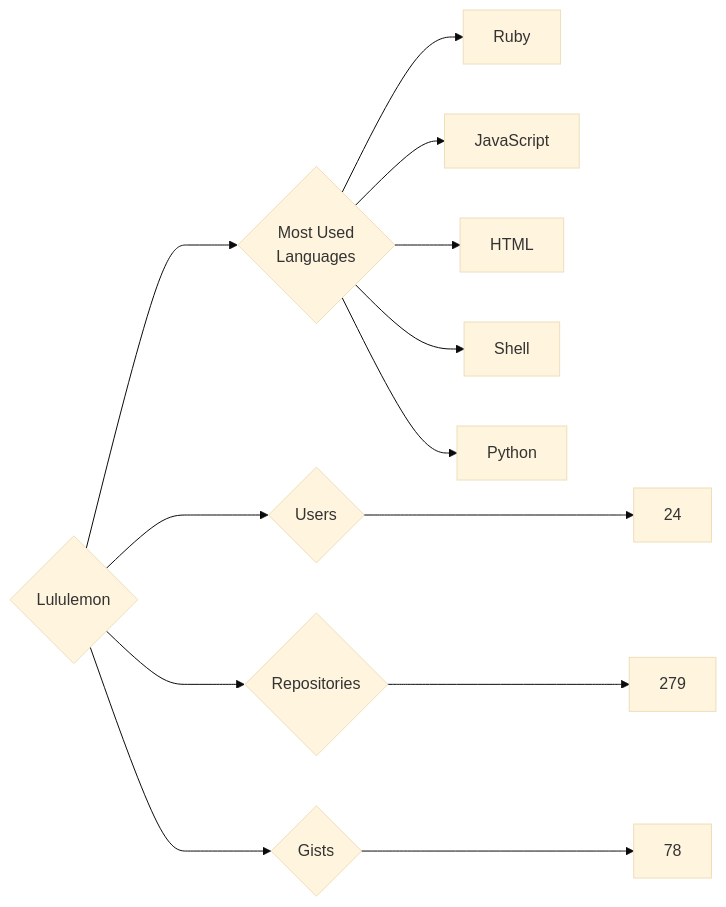
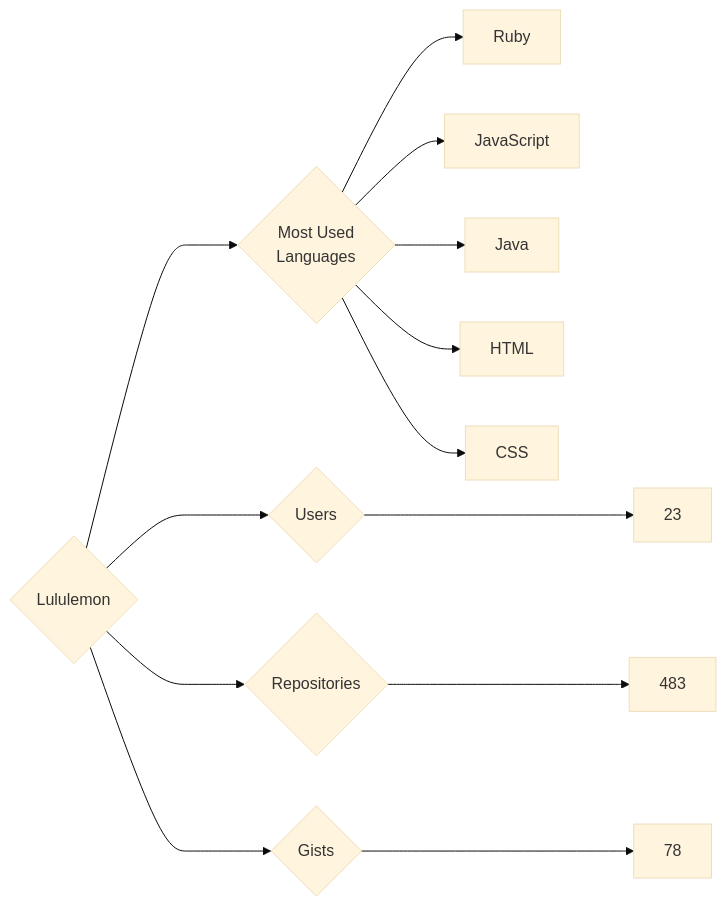
Before and after one commit to trickest/insiders: the diagram in targets/Lululemon/README.md, drawn with Mermaid (base theme). The commit also changed 1084 other files, not shown here.

````diff
--- a/targets/Lululemon/README.md
+++ b/targets/Lululemon/README.md
@@ -3,13 +3,13 @@
 ```mermaid
 graph LR
 COMPANY_NAME{Lululemon}
-COMPANY_NAME ---> U{Users} ---> UN[24]
-COMPANY_NAME ---> R{Repositories} ---> RN[279]
+COMPANY_NAME ---> U{Users} ---> UN[23]
+COMPANY_NAME ---> R{Repositories} ---> RN[483]
 COMPANY_NAME ---> G{Gists} ---> GN[78]
 COMPANY_NAME ---> ML{Most Used<br>Languages}
 ML --> Ruby[Ruby]
 ML --> JavaScript[JavaScript]
+ML --> Java[Java]
 ML --> HTML[HTML]
-ML --> Shell[Shell]
-ML --> Python[Python]
+ML --> CSS[CSS]
 ```
````
